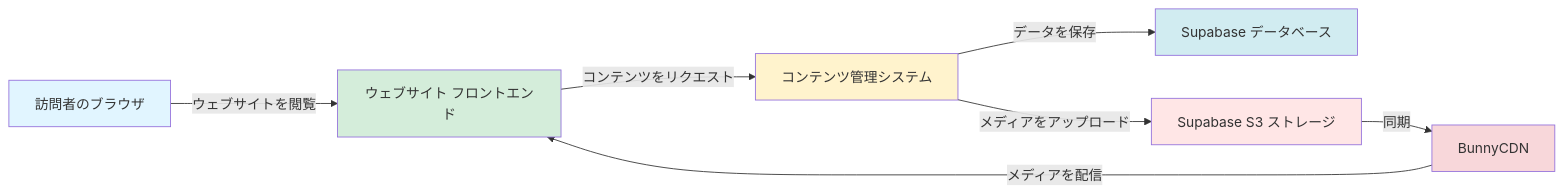
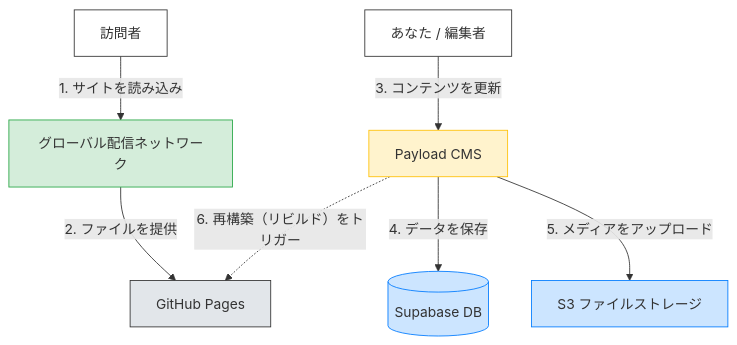
One commit to goblincore/ma3world-redesign changed the first of 2 diagrams in architecture-guide.ja.md. Above: the diagram before and after it, drawn with Mermaid. The commit also changed other lines of this file and 1 other file, not shown here.

Commit message:
Update architecture guide

````diff
--- a/architecture-guide.ja.md
+++ b/architecture-guide.ja.md
@@ -14,16 +16,19 @@
 ```mermaid
-graph LR
-    A[訪問者のブラウザ] -->|ウェブサイトを閲覧| B[ウェブサイト フロントエンド]
-    B -->|コンテンツをリクエスト| C[コンテンツ管理システム]
-    C -->|データを保存| E[Supabase データベース]
-    C -->|メディアをアップロード| F[Supabase S3 ストレージ]
-    F -->|同期| D[BunnyCDN]
-    D -->|メディアを配信| B
+graph TD
+    User[訪問者] -->|1. サイトを読み込み| CDN[グローバル配信ネットワーク]
+    CDN -->|2. ファイルを提供| GitHub[GitHub Pages]
     
-    style A fill:#e1f5ff
-    style B fill:#d4edda
-    style C fill:#fff3cd
-    style E fill:#d1ecf1
-    style F fill:#ffe6e6
-    style D fill:#f8d7da
+    Editor[あなた / 編集者] -->|3. コンテンツを更新| CMS[Payload CMS]
+    CMS -->|4. データを保存| DB[(Supabase DB)]
+    CMS -->|5. メディアをアップロード| Storage[S3 ファイルストレージ]
+    
+    CMS -.->|6. 再構築（リビルド）をトリガー| GitHub
+    
+    style User fill:#fff,stroke:#333
+    style CDN fill:#d4edda,stroke:#28a745
+    style GitHub fill:#e2e6ea,stroke:#333
+    style Editor fill:#fff,stroke:#333
+    style CMS fill:#fff3cd,stroke:#ffc107
+    style DB fill:#cce5ff,stroke:#007bff
+    style Storage fill:#cce5ff,stroke:#007bff
 ```
````
